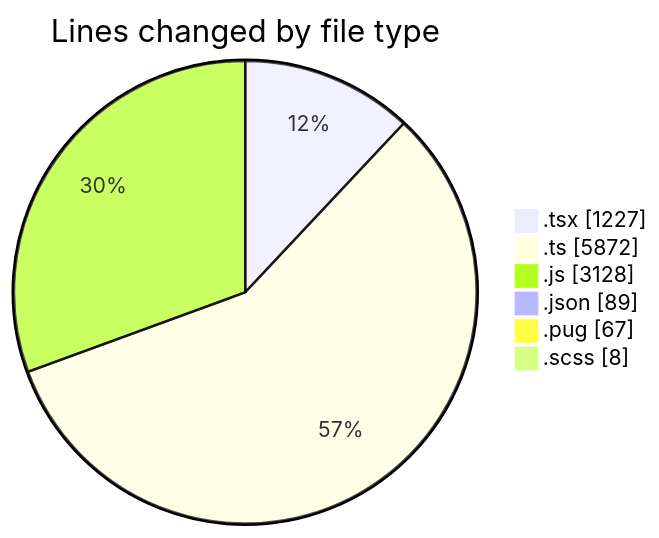
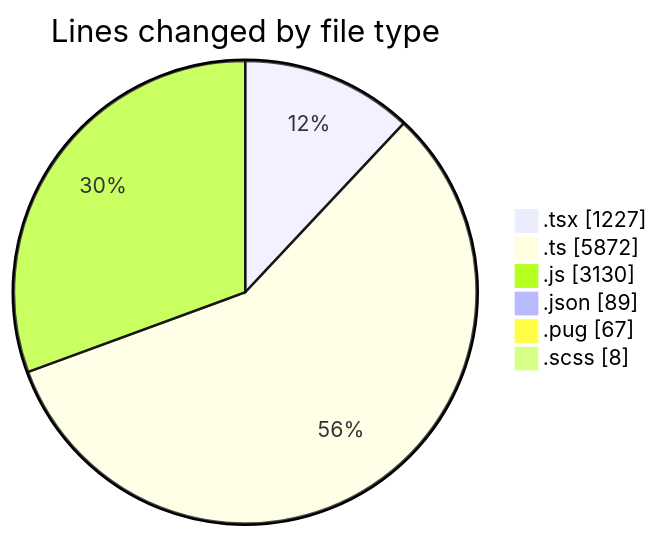
One commit to momahboobian/code-tracking changed the first of 2 diagrams in 2025-03-24/cda/README.md. Above: the diagram before and after it, drawn with Mermaid. The commit also changed other lines of this file and 1 other file, not shown here.

````diff
--- a/2025-03-24/cda/README.md
+++ b/2025-03-24/cda/README.md
@@ -41,10 +41,10 @@
 ```mermaid
 pie showData
 title Lines changed by file type
 ".tsx" : 1227
 ".ts" : 5872
-".js" : 3128
+".js" : 3130
 ".json" : 89
 ".pug" : 67
 ".scss" : 8
 ```
````
